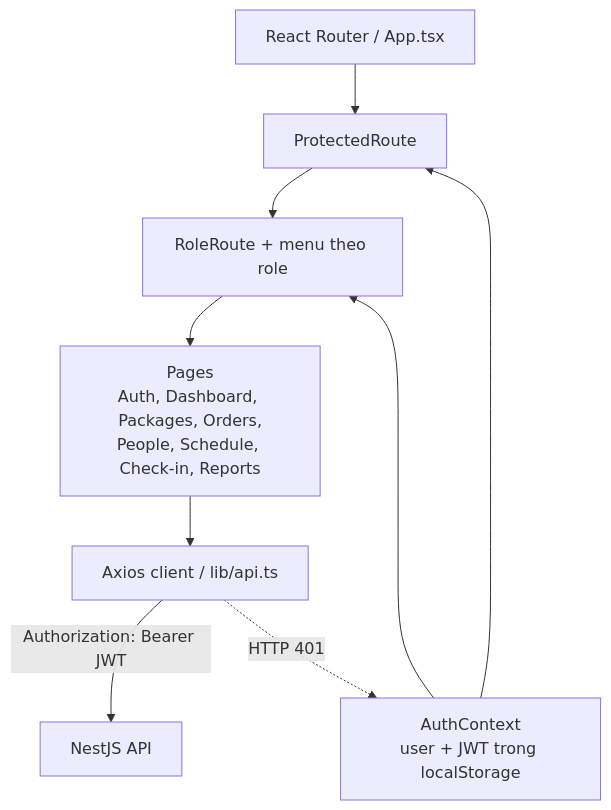
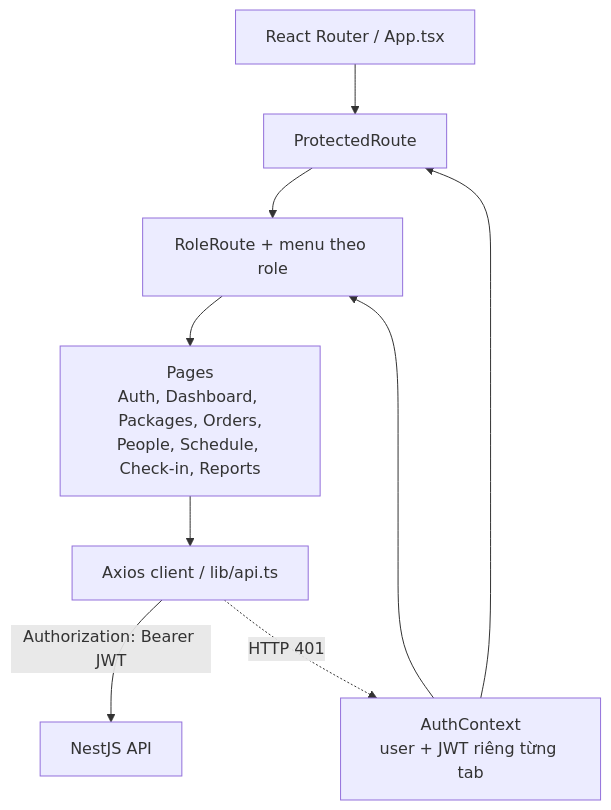
One commit to vhoanglong54/CNPM_GYM changed the fourth of 4 diagrams in docs/06-UML-Diagrams/Architecture.md. Above: the diagram before and after it, drawn with Mermaid. The commit also changed other lines of this file and 6 other files, not shown here.

````diff
--- a/docs/06-UML-Diagrams/Architecture.md
+++ b/docs/06-UML-Diagrams/Architecture.md
@@ -117,17 +117,17 @@
 ```mermaid
 flowchart TB
   Router[React Router / App.tsx]
   Protected[ProtectedRoute]
   RoleRoute[RoleRoute + menu theo role]
   Pages[Pages<br/>Auth, Dashboard, Packages, Orders,<br/>People, Schedule, Check-in, Reports]
-  AuthContext[AuthContext<br/>user + JWT trong localStorage]
+  AuthContext[AuthContext<br/>user + JWT riêng từng tab]
   Axios[Axios client / lib/api.ts]
   API[NestJS API]
 
   Router --> Protected --> RoleRoute --> Pages
   AuthContext --> Protected
   AuthContext --> RoleRoute
   Pages --> Axios
   Axios -->|Authorization: Bearer JWT| API
   Axios -. HTTP 401 .-> AuthContext
 ```
````
